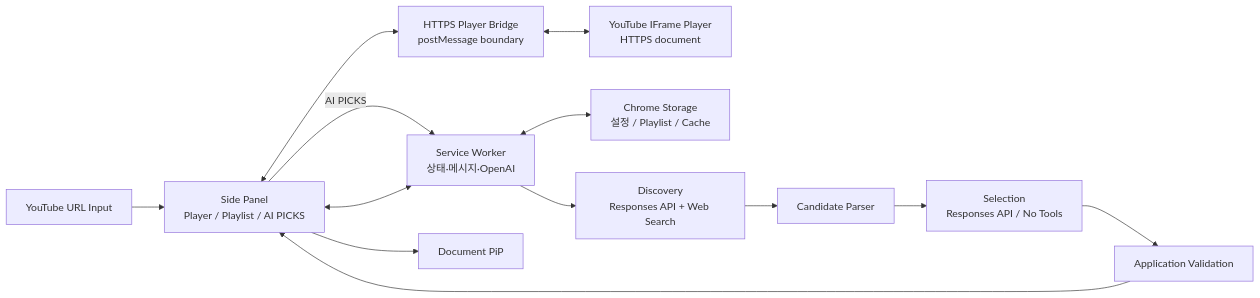
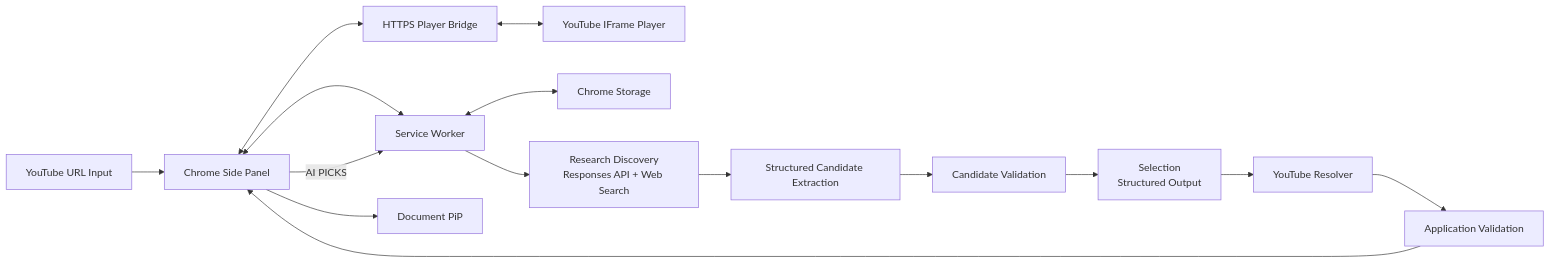
The diagram in .project/plan.md (seoheejung/pixel-jukebox), drawn with Mermaid before and after one commit. The commit also changed other lines of this file and 58 other files, not shown here.

````diff
--- a/.project/plan.md
+++ b/.project/plan.md
@@ -231,28 +199,33 @@
 ```mermaid
 flowchart LR
     Input["YouTube URL Input"]
-    Bridge["HTTPS Player Bridge<br/>postMessage boundary"]
-    Embed["YouTube IFrame Player<br/>HTTPS document"]
-    Worker["Service Worker<br/>상태·메시지·OpenAI"]
-    Panel["Side Panel<br/>Player / Playlist / AI PICKS"]
-    Storage["Chrome Storage<br/>설정 / Playlist / Cache"]
+    Panel["Chrome Side Panel"]
+    Bridge["HTTPS Player Bridge"]
+    YT["YouTube IFrame Player"]
+    Worker["Service Worker"]
+    Storage["Chrome Storage"]
     PiP["Document PiP"]
-    Discovery["Discovery<br/>Responses API + Web Search"]
-    Parser["Candidate Parser"]
-    Selection["Selection<br/>Responses API / No Tools"]
+
+    Discovery["Research Discovery<br/>Responses API + Web Search"]
+    Extraction["Structured Candidate Extraction"]
+    Parser["Candidate Validation"]
+    Selection["Selection<br/>Structured Output"]
+    Resolver["YouTube Resolver"]
     Validation["Application Validation"]
 
     Input --> Panel
     Panel <--> Bridge
-    Bridge <--> Embed
-    Worker <--> Panel
+    Bridge <--> YT
+    Panel <--> Worker
     Worker <--> Storage
     Panel --> PiP
 
     Panel -->|"AI PICKS"| Worker
     Worker --> Discovery
-    Discovery --> Parser
+    Discovery --> Extraction
+    Extraction --> Parser
     Parser --> Selection
-    Selection --> Validation
+    Selection --> Resolver
+    Resolver --> Validation
     Validation --> Panel
 ```
````
